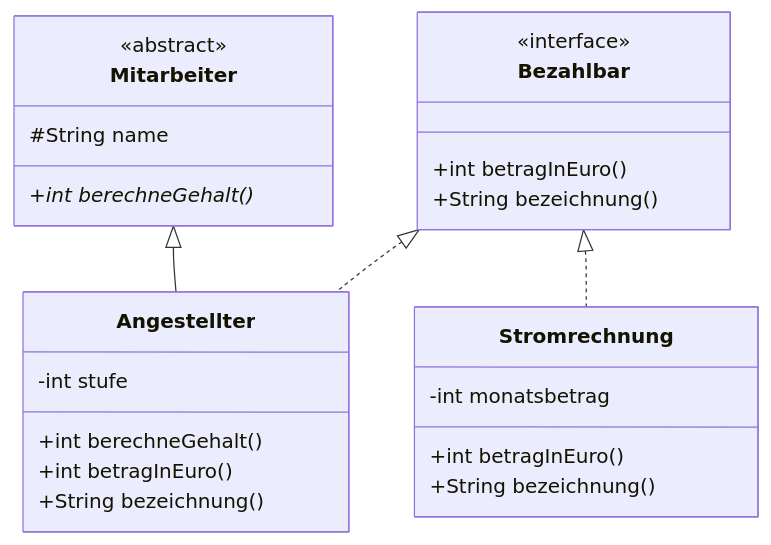
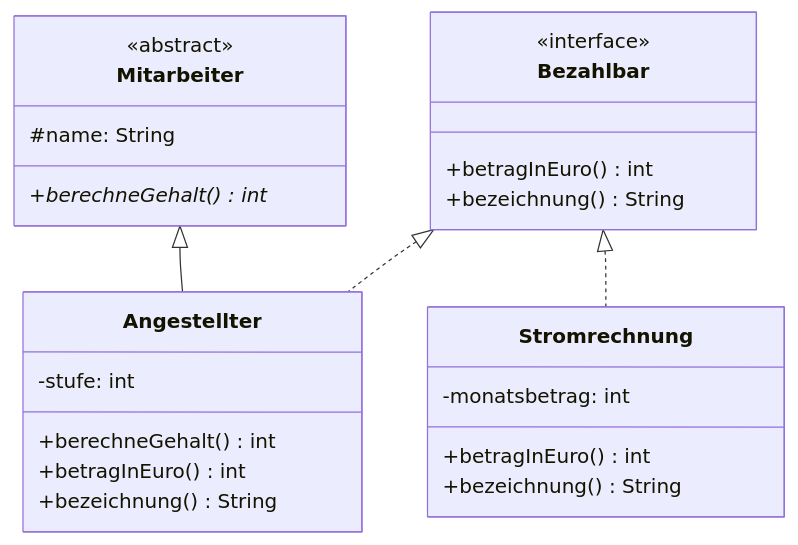
Before and after one commit to openpatch/hyperbook-informatik: the diagram in book/oberstufe/oop/02-erweiterungen/01-vertiefte-objektorientierung/06-schnittstellen.md, drawn with Mermaid. The commit also changed 19 other files, not shown here.

Commit message:
richtige implementationsdiagramme

````diff
--- a/book/oberstufe/oop/02-erweiterungen/01-vertiefte-objektorientierung/06-schnittstellen.md
+++ b/book/oberstufe/oop/02-erweiterungen/01-vertiefte-objektorientierung/06-schnittstellen.md
@@ -157,27 +157,27 @@
 ```mermaid
 classDiagram
     class Bezahlbar {
         <<interface>>
-        +int betragInEuro()
-        +String bezeichnung()
+        +betragInEuro() int
+        +bezeichnung() String
     }
     class Mitarbeiter {
         <<abstract>>
-        #String name
-        +int berechneGehalt()*
+        #name: String
+        +berechneGehalt() int*
     }
     class Angestellter {
-        -int stufe
-        +int berechneGehalt()
-        +int betragInEuro()
-        +String bezeichnung()
+        -stufe: int
+        +berechneGehalt() int
+        +betragInEuro() int
+        +bezeichnung() String
     }
     class Stromrechnung {
-        -int monatsbetrag
-        +int betragInEuro()
-        +String bezeichnung()
+        -monatsbetrag: int
+        +betragInEuro() int
+        +bezeichnung() String
     }
     Mitarbeiter <|-- Angestellter
     Bezahlbar <|.. Angestellter
     Bezahlbar <|.. Stromrechnung
 ```
````
